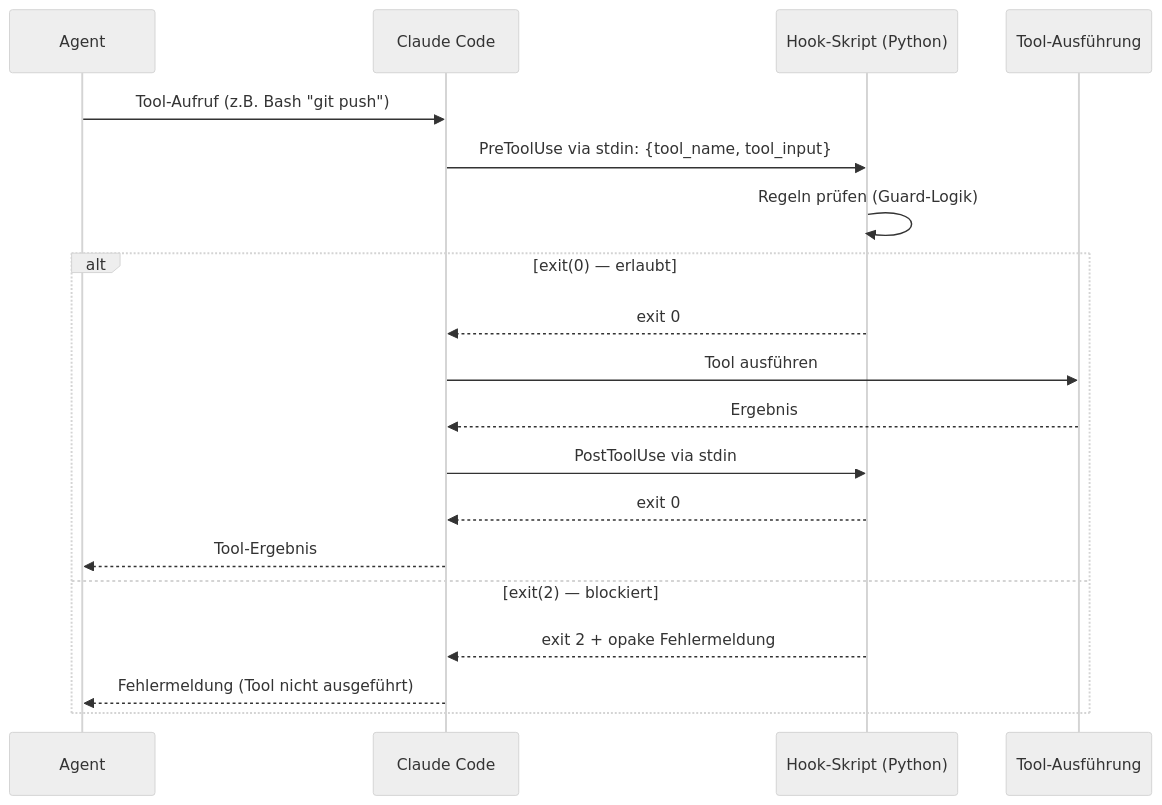
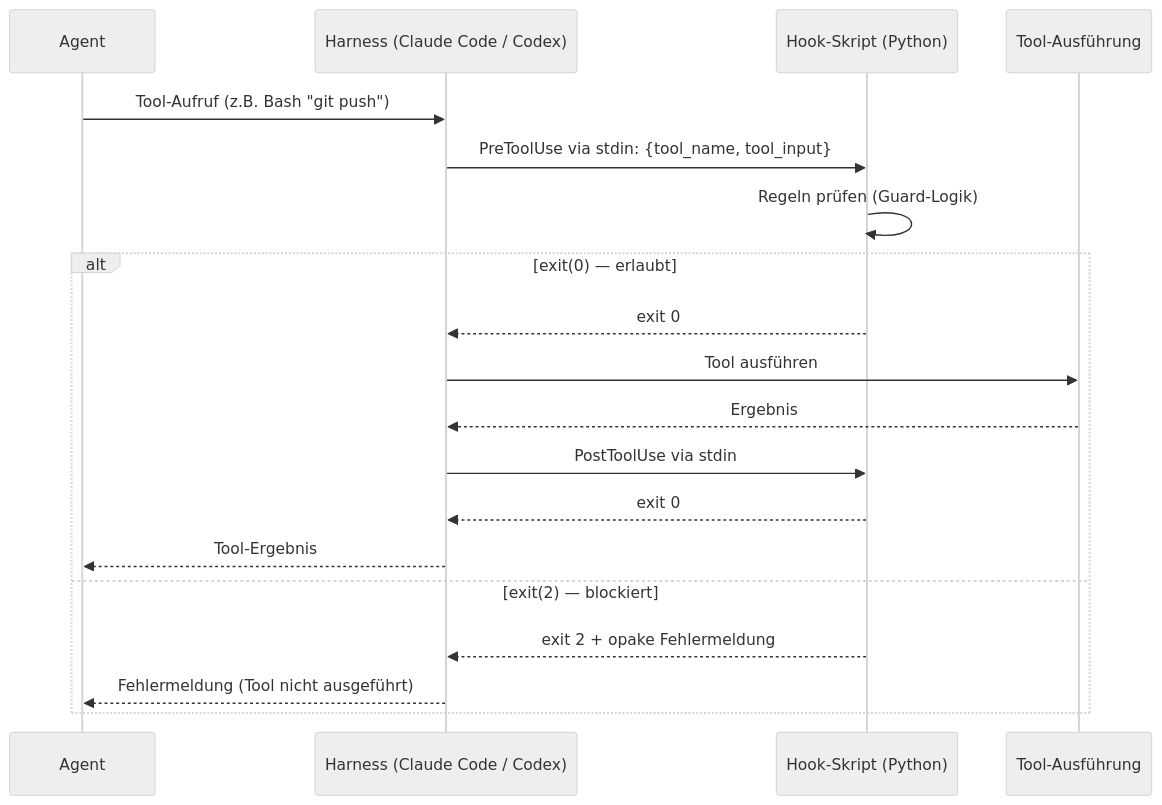
Before and after one commit to saltenhof/claude-agentkit3: the second of 4 diagrams in concept/technical-design/01_systemkontext_und_architekturprinzipien.md, drawn with Mermaid (neutral theme). The commit also changed other lines of this file and 33 other files, not shown here.

````diff
--- a/concept/technical-design/01_systemkontext_und_architekturprinzipien.md
+++ b/concept/technical-design/01_systemkontext_und_architekturprinzipien.md
@@ -242,22 +247,22 @@
 ```mermaid
 sequenceDiagram
     participant A as Agent
-    participant CC as Claude Code
+    participant CC as Harness (Claude Code / Codex)
     participant H as Hook-Skript (Python)
     participant T as Tool-Ausführung
 
     A->>CC: Tool-Aufruf (z.B. Bash "git push")
     CC->>H: PreToolUse via stdin: {tool_name, tool_input}
     H->>H: Regeln prüfen (Guard-Logik)
     alt exit(0) — erlaubt
         H-->>CC: exit 0
         CC->>T: Tool ausführen
         T-->>CC: Ergebnis
         CC->>H: PostToolUse via stdin
         H-->>CC: exit 0
         CC-->>A: Tool-Ergebnis
     else exit(2) — blockiert
         H-->>CC: exit 2 + opake Fehlermeldung
         CC-->>A: Fehlermeldung (Tool nicht ausgeführt)
     end
 ```
````
